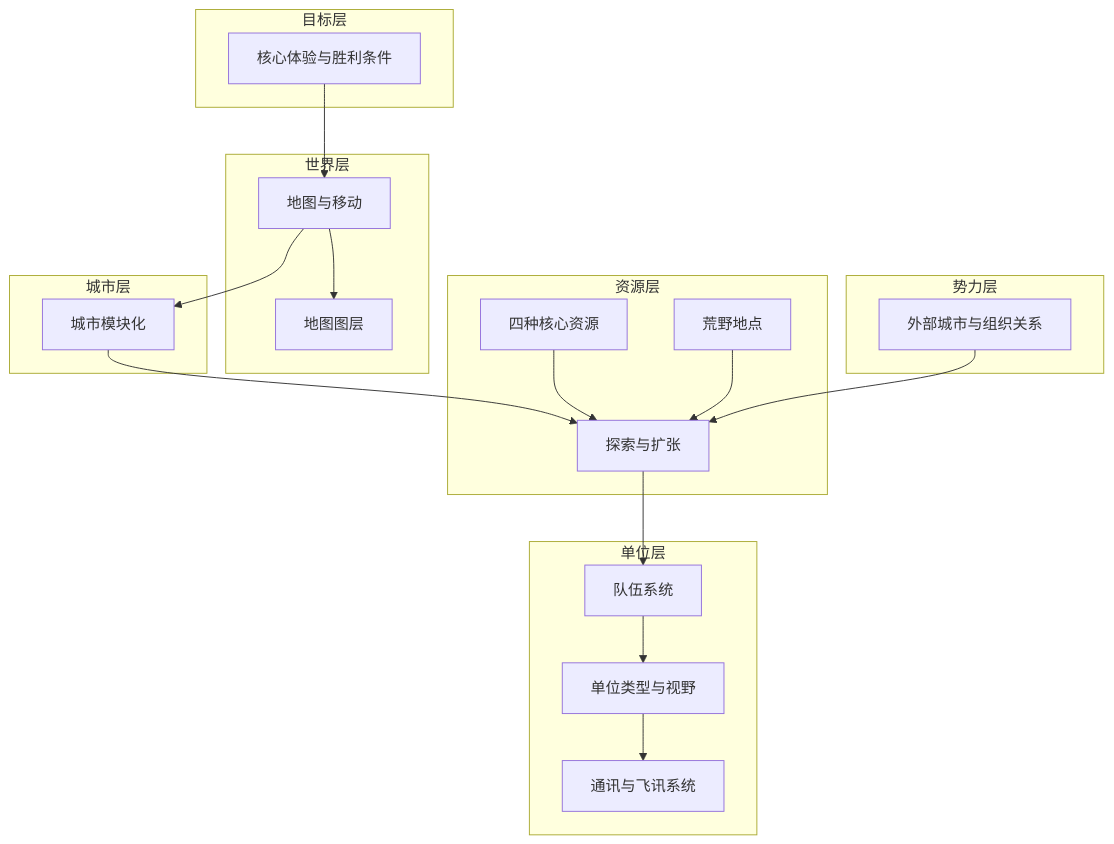
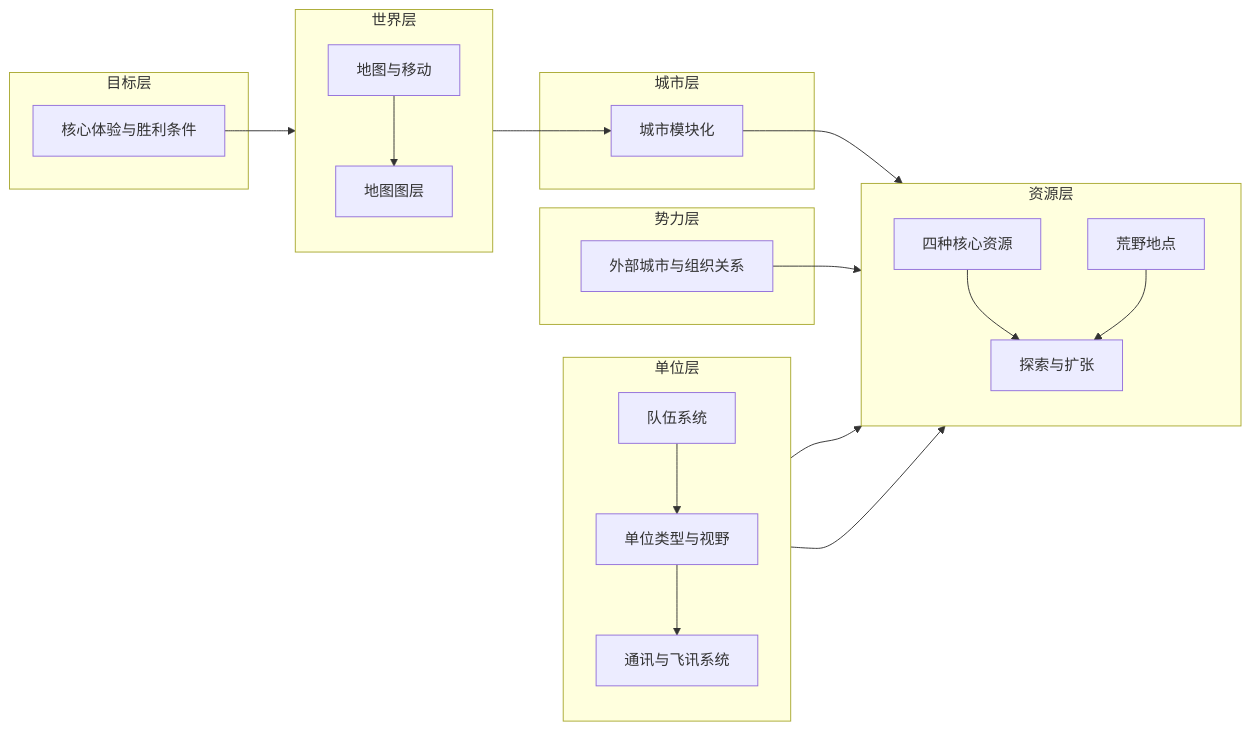
One commit to Estrella6066773/DriveToLight changed the diagram in Docs/02-系统设计/01-核心系统/README.md. Above: the diagram before and after it, drawn with Mermaid. The commit also changed other lines of this file and 2 other files, not shown here.

Commit message:
更新文档： - 新增核心系统总览图，详细描述系统分层、职责与待细化事项，确保对游戏机制的全面理解； - 扩展探索与扩张章节，补充停泊后流程、勘探与信息同步、设施建设与外部据点交互的详细说明； - 优化README文档，调整阅读顺序与核心闭环，增强系统间的交叉链接，更新修订记录。

````diff
--- a/Docs/02-系统设计/01-核心系统/README.md
+++ b/Docs/02-系统设计/01-核心系统/README.md
@@ -9,36 +26,40 @@
 ```mermaid
-flowchart TB
-    subgraph 目标层
+flowchart LR
+    subgraph L1["目标层"]
         A[核心体验与胜利条件]
     end
-    subgraph 世界层
+    subgraph L2["世界层"]
+        direction TB
         B[地图与移动]
         C[地图图层]
     end
-    subgraph 城市层
+    subgraph L3["城市层"]
         D[城市模块化]
     end
-    subgraph 资源层
+    subgraph L4["资源层"]
+        direction TB
         E[四种核心资源]
         F[荒野地点]
         G[探索与扩张]
     end
-    subgraph 单位层
+    subgraph L5["单位层"]
+        direction TB
         H[队伍系统]
         I[单位类型与视野]
         J[通讯与飞讯系统]
     end
-    subgraph 势力层
+    subgraph L6["势力层"]
         K[外部城市与组织关系]
     end
     A --> B
     B --> C
     B --> D
     D --> G
     E --> G
     F --> G
     H --> I
     I --> J
-    G --> H
+    H --> G
+    J --> G
     K --> G
 ```
````
